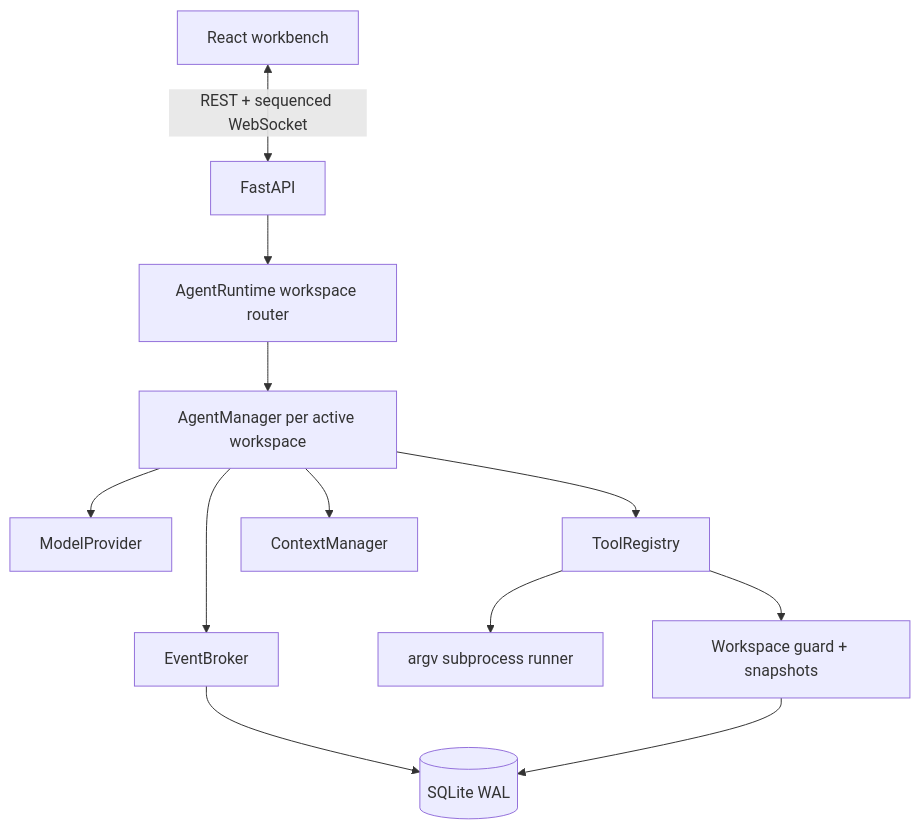
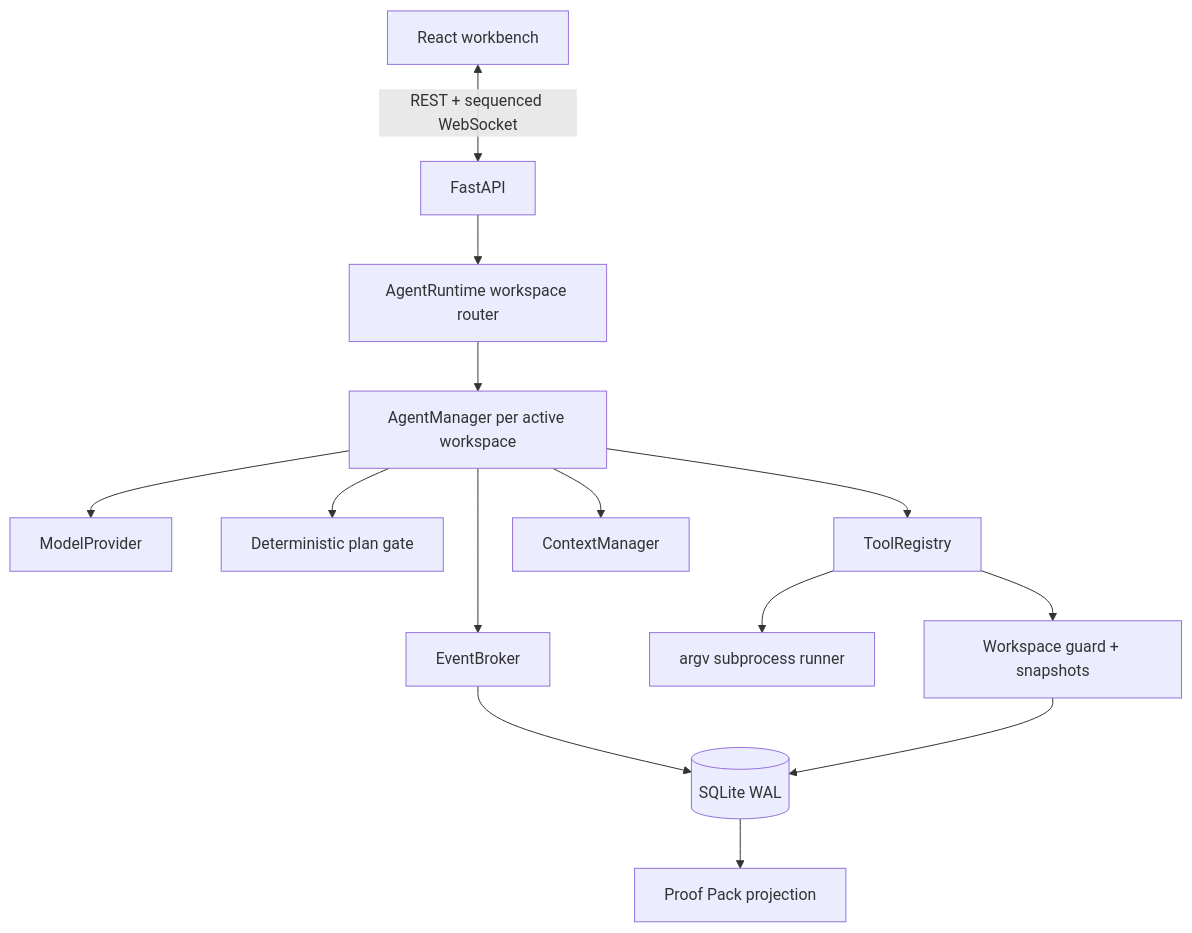
The first of 2 diagrams in docs/architecture.md (iamzwxyy/traceforge), drawn with Mermaid before and after one commit. The commit also changed other lines of this file and 32 other files, not shown here.

````diff
--- a/docs/architecture.md
+++ b/docs/architecture.md
@@ -12,14 +12,16 @@
 ```mermaid
 flowchart TB
     UI[React workbench] <-->|REST + sequenced WebSocket| API[FastAPI]
     API --> Runtime[AgentRuntime workspace router]
     Runtime --> Manager[AgentManager per active workspace]
     Manager --> Provider[ModelProvider]
+    Manager --> Gate[Deterministic plan gate]
     Manager --> Tools[ToolRegistry]
     Manager --> Context[ContextManager]
     Tools --> Guard[Workspace guard + snapshots]
     Tools --> Process[argv subprocess runner]
     Manager --> Broker[EventBroker]
     Broker --> DB[(SQLite WAL)]
     Guard --> DB
+    DB --> Proof[Proof Pack projection]
 ```
````
